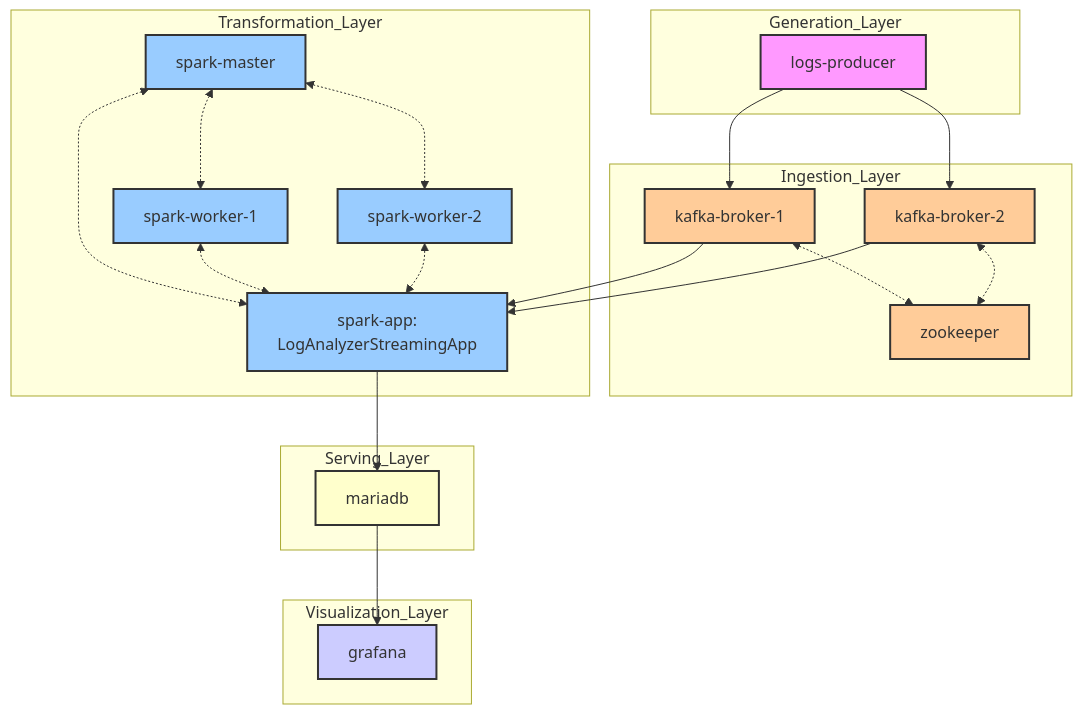
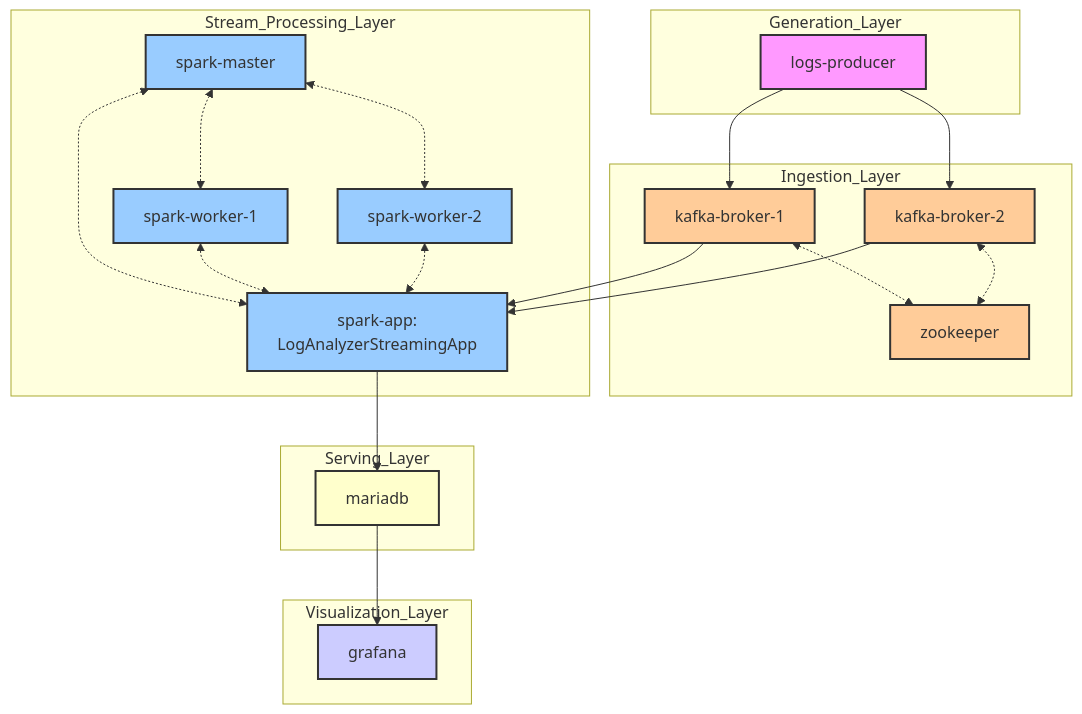
One commit to SchierleLukas/big-data-engineering changed the diagram in README.md. Above: the diagram before and after it, drawn with Mermaid. The commit also changed other lines of this file and 1 other file, not shown here.

Commit message:
docs: update README.md and docker-compose.yml to rename Transformation Layer to Stream Processing Layer

````diff
--- a/README.md
+++ b/README.md
@@ -15,52 +15,52 @@
 ```mermaid
 graph TD
     subgraph Generation_Layer
         A[logs-producer]
     end
 
     subgraph Ingestion_Layer
         B1[kafka-broker-1]
         B2[kafka-broker-2]
         Z[zookeeper]
         A --> B1
         A --> B2
         B1 <-.-> Z
         B2 <-.-> Z
     end
 
-    subgraph Transformation_Layer
+    subgraph Stream_Processing_Layer
         M1[spark-master]
         W1[spark-worker-1]
         W2[spark-worker-2]
         C[spark-app:
 LogAnalyzerStreamingApp]
         M1 <-.-> W1
         M1 <-.-> W2
         M1 <-.-> C
         W1 <-.-> C
         W2 <-.-> C
         B1 --> C
         B2 --> C
     end
 
     subgraph Serving_Layer
         M[mariadb]
         C --> M
     end
 
     subgraph Visualization_Layer
         G[grafana]
         M --> G
     end
 
     style A fill:#f9f,stroke:#333,stroke-width:2px
     style B1 fill:#fc9,stroke:#333,stroke-width:2px
     style B2 fill:#fc9,stroke:#333,stroke-width:2px
     style Z fill:#fc9,stroke:#333,stroke-width:2px
     style C fill:#9cf,stroke:#333,stroke-width:2px
     style M fill:#ffc,stroke:#333,stroke-width:2px
     style G fill:#ccf,stroke:#333,stroke-width:2px
     style M1 fill:#9cf,stroke:#333,stroke-width:2px
     style W1 fill:#9cf,stroke:#333,stroke-width:2px
     style W2 fill:#9cf,stroke:#333,stroke-width:2px
 ```
````
